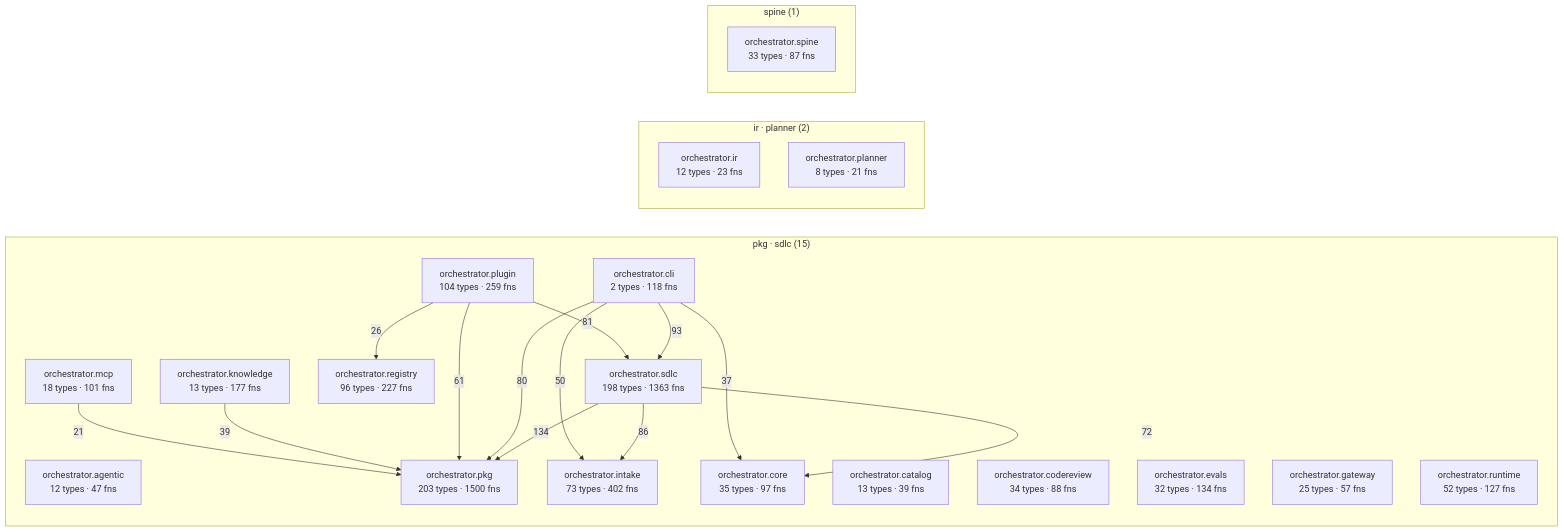
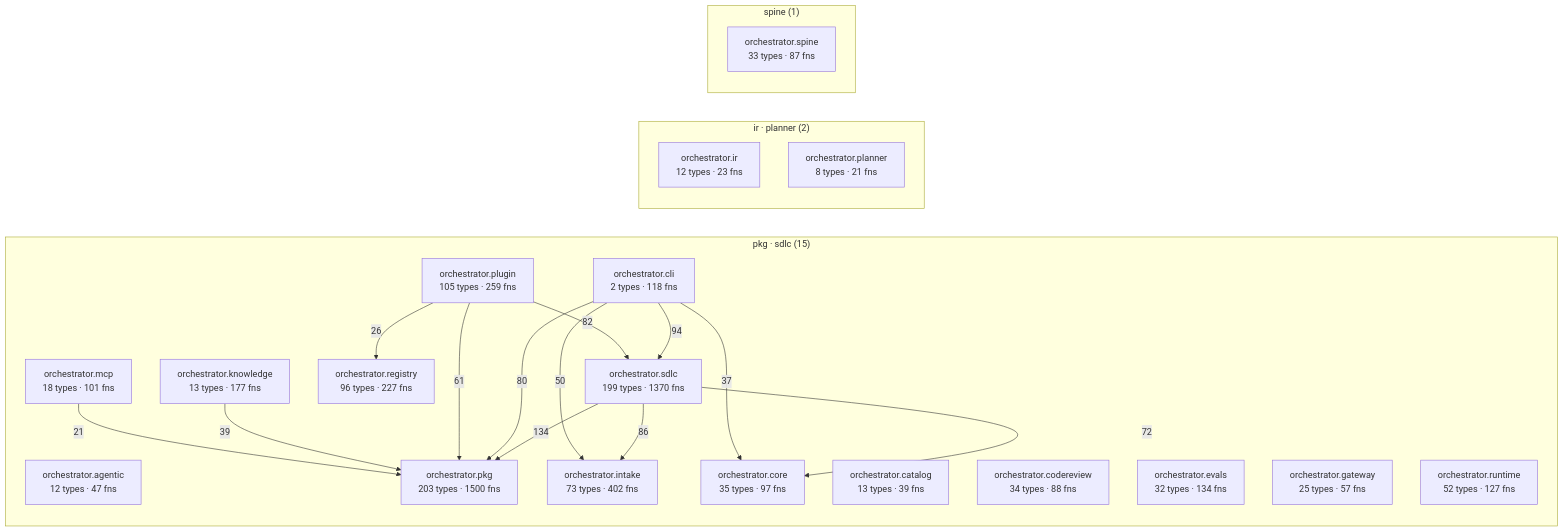
Before and after one commit to synaptixs/spine: the diagram in episteme/architecture.md, drawn with Mermaid. The commit also changed other lines of this file and 17 other files, not shown here.

````diff
--- a/episteme/architecture.md
+++ b/episteme/architecture.md
@@ -56,39 +56,39 @@
 ```mermaid
 flowchart LR
   subgraph c_2["pkg · sdlc (15)"]
     aorchestratoragentic["orchestrator.agentic<br/>12 types · 47 fns"]
     aorchestratorcatalog["orchestrator.catalog<br/>13 types · 39 fns"]
     aorchestratorcli["orchestrator.cli<br/>2 types · 118 fns"]
     aorchestratorcodereview["orchestrator.codereview<br/>34 types · 88 fns"]
     aorchestratorcore["orchestrator.core<br/>35 types · 97 fns"]
     aorchestratorevals["orchestrator.evals<br/>32 types · 134 fns"]
     aorchestratorgateway["orchestrator.gateway<br/>25 types · 57 fns"]
     aorchestratorintake["orchestrator.intake<br/>73 types · 402 fns"]
     aorchestratorknowledge["orchestrator.knowledge<br/>13 types · 177 fns"]
     aorchestratormcp["orchestrator.mcp<br/>18 types · 101 fns"]
     aorchestratorpkg["orchestrator.pkg<br/>203 types · 1500 fns"]
-    aorchestratorplugin["orchestrator.plugin<br/>104 types · 259 fns"]
+    aorchestratorplugin["orchestrator.plugin<br/>105 types · 259 fns"]
     aorchestratorregistry["orchestrator.registry<br/>96 types · 227 fns"]
     aorchestratorruntime["orchestrator.runtime<br/>52 types · 127 fns"]
-    aorchestratorsdlc["orchestrator.sdlc<br/>198 types · 1363 fns"]
+    aorchestratorsdlc["orchestrator.sdlc<br/>199 types · 1370 fns"]
   end
   subgraph c_6["ir · planner (2)"]
     aorchestratorir["orchestrator.ir<br/>12 types · 23 fns"]
     aorchestratorplanner["orchestrator.planner<br/>8 types · 21 fns"]
   end
   subgraph c_12["spine (1)"]
     aorchestratorspine["orchestrator.spine<br/>33 types · 87 fns"]
   end
   aorchestratorsdlc -->|134| aorchestratorpkg
-  aorchestratorcli -->|93| aorchestratorsdlc
+  aorchestratorcli -->|94| aorchestratorsdlc
   aorchestratorsdlc -->|86| aorchestratorintake
-  aorchestratorplugin -->|81| aorchestratorsdlc
+  aorchestratorplugin -->|82| aorchestratorsdlc
   aorchestratorcli -->|80| aorchestratorpkg
   aorchestratorsdlc -->|72| aorchestratorcore
   aorchestratorplugin -->|61| aorchestratorpkg
   aorchestratorcli -->|50| aorchestratorintake
   aorchestratorknowledge -->|39| aorchestratorpkg
   aorchestratorcli -->|37| aorchestratorcore
   aorchestratorplugin -->|26| aorchestratorregistry
   aorchestratormcp -->|21| aorchestratorpkg
 ```
````
